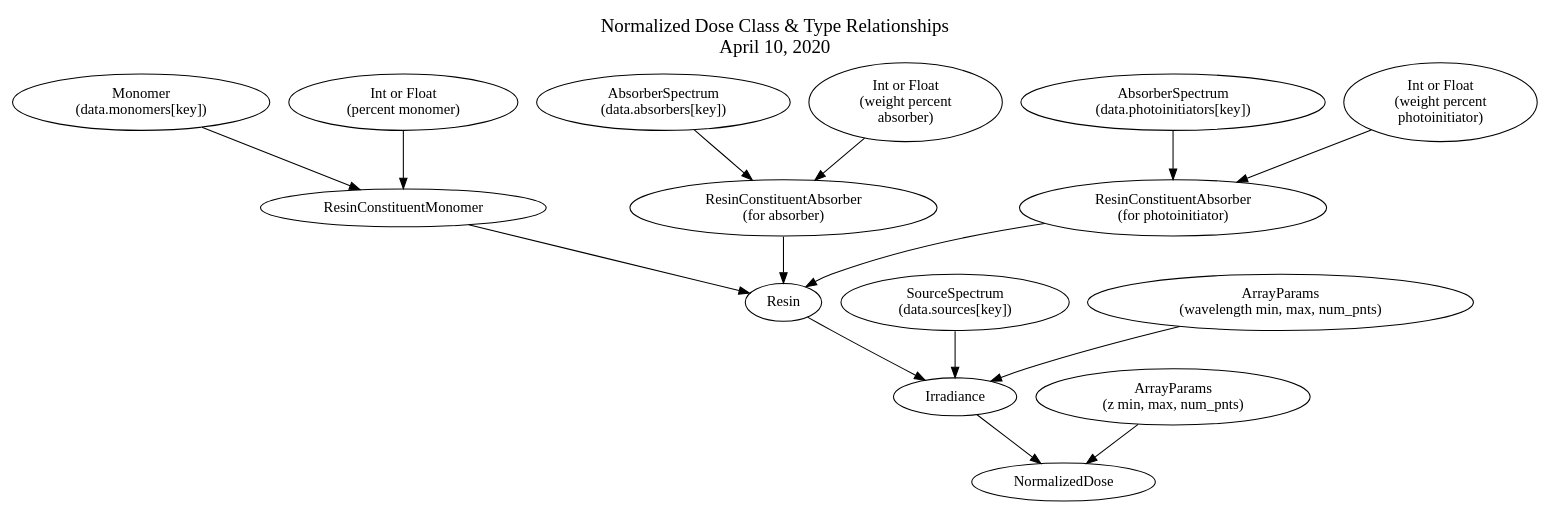
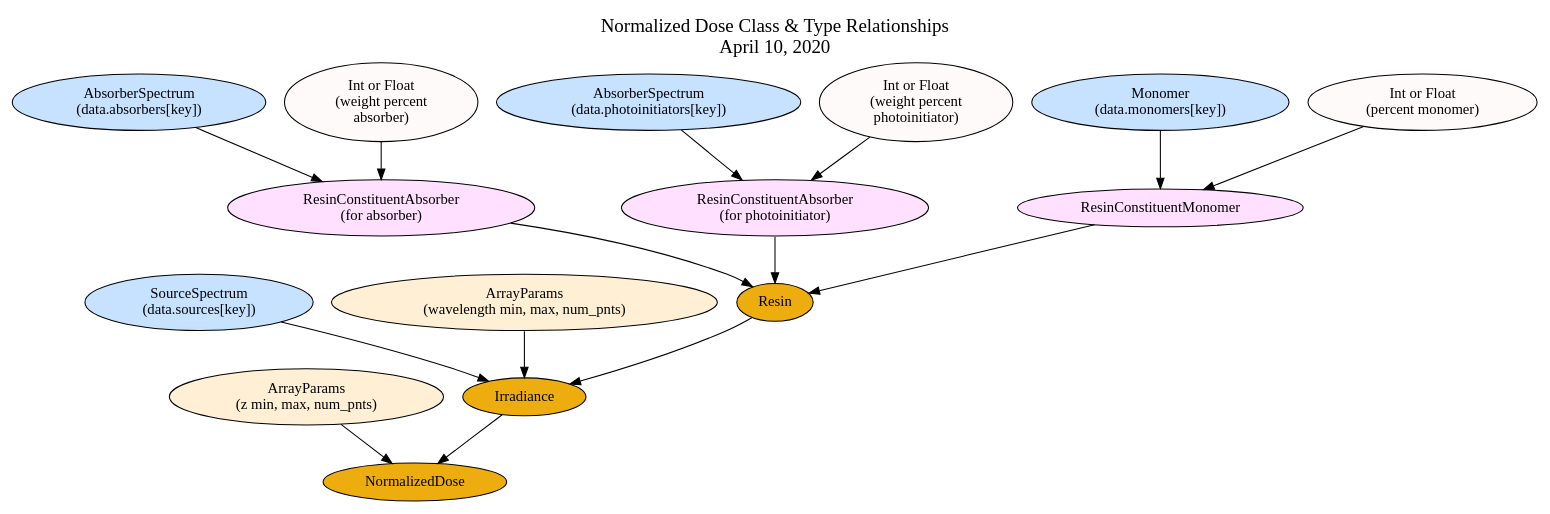
One commit to 3D-Printing-for-Microfluidics/3d-printing-resin-spectral-analysis changed the diagram in notebooks/200410_class_relationships.gv. Above: the diagram before and after it, drawn with Graphviz. The commit also changed 3 other files, not shown here.

Commit message:
Play with colors of nodes in GraphViz diagram

```diff
--- a/notebooks/200410_class_relationships.gv
+++ b/notebooks/200410_class_relationships.gv
@@ -1,29 +1,66 @@
 digraph normalized_dose {
 
     overlap=false;
     labelloc=top;
     label="Normalized Dose Class & Type Relationships\nApril 10, 2020";
     fontsize=18;
+
+    {
+        node [style=filled fillcolor=darkgoldenrod2] 
+        Resin;
+        Irradiance;
+        NormalizedDose;
+    }
+
+    {
+        node [style=filled fillcolor=thistle1]
+        "ResinConstituentAbsorber\n(for absorber)";
+        "ResinConstituentAbsorber\n(for photoinitiator)";
+        ResinConstituentMonomer;
+    }
+
+    {
+        node [style=filled fillcolor=slategray1]
+        "SourceSpectrum\n(data.sources[key])";
+        "AbsorberSpectrum\n(data.absorbers[key])";
+        "AbsorberSpectrum\n(data.photoinitiators[key])";
+        "Monomer\n(data.monomers[key])";
+    }
+    
+    {
+        node [style=filled fillcolor=snow1]
+        "Int or Float\n(percent monomer)";
+        "Int or Float\n(weight percent\nabsorber)";
+        "Int or Float\n(weight percent\nphotoinitiator)";
+    }
+
+    {
+        node [style=filled fillcolor=peachpuff]
+    }
+
+    {
+        node [style=filled fillcolor=papayawhip]
+        "ArrayParams\n(wavelength min, max, num_pnts)";
+        "ArrayParams\n(z min, max, num_pnts)";
+    }
 
     "Monomer\n(data.monomers[key])" -> ResinConstituentMonomer;
     "Int or Float\n(percent monomer)" -> ResinConstituentMonomer;
 
     "AbsorberSpectrum\n(data.absorbers[key])" -> "ResinConstituentAbsorber\n(for absorber)";
     "Int or Float\n(weight percent\nabsorber)" -> "ResinConstituentAbsorber\n(for absorber)";
 
     "AbsorberSpectrum\n(data.photoinitiators[key])" -> "ResinConstituentAbsorber\n(for photoinitiator)";
     "Int or Float\n(weight percent\nphotoinitiator)" -> "ResinConstituentAbsorber\n(for photoinitiator)";
 
     ResinConstituentMonomer -> Resin;
     "ResinConstituentAbsorber\n(for absorber)" -> Resin;
     "ResinConstituentAbsorber\n(for photoinitiator)" -> Resin;
 
     "SourceSpectrum\n(data.sources[key])" -> Irradiance;
     Resin -> Irradiance;
     "ArrayParams\n(wavelength min, max, num_pnts)" -> Irradiance;
 
-    //NormalizedDose [shape=box]
-
     Irradiance -> NormalizedDose;
     "ArrayParams\n(z min, max, num_pnts)" -> NormalizedDose;
 }
```
